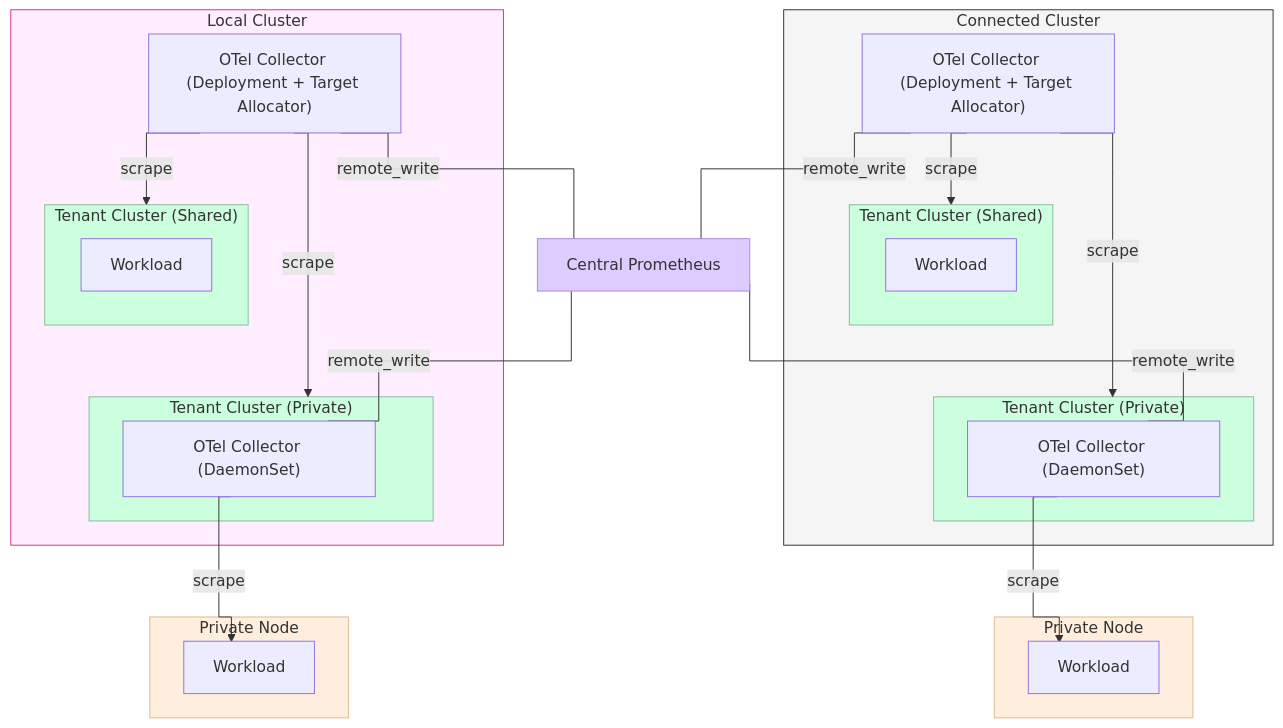
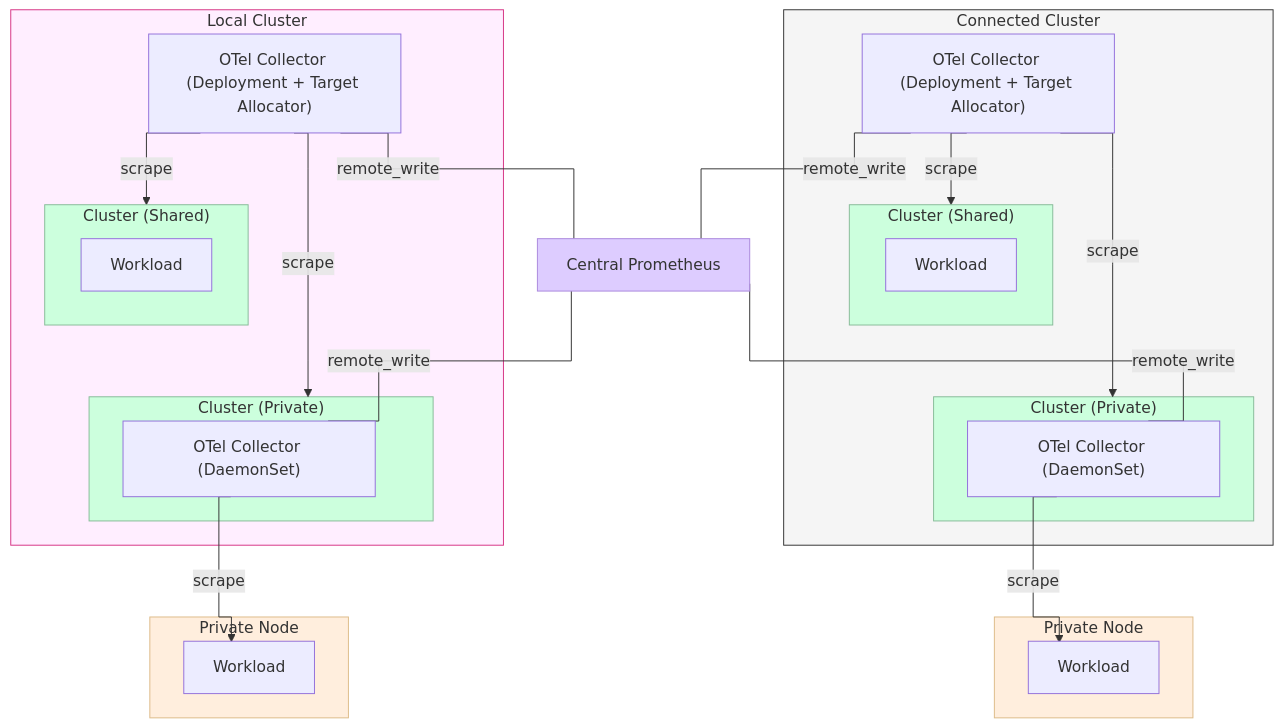
Before and after one commit to loft-sh/vcluster-docs: the diagram in platform/maintenance/monitoring/fleet-monitoring-otel.mdx, drawn with Mermaid. The commit also changed other lines of this file and 73 other files, not shown here.

````diff
--- a/platform/maintenance/monitoring/fleet-monitoring-otel.mdx
+++ b/platform/maintenance/monitoring/fleet-monitoring-otel.mdx
@@ -43,67 +43,67 @@
 ```mermaid
 %%{init: {'flowchart': {'curve': 'stepAfter'}}}%%
 flowchart TB
     GlobalProm["Central Prometheus"]
 
     GlobalProm ~~~ local
     GlobalProm ~~~ connected
 
     subgraph local["Local Cluster"]
-        subgraph localSharedVC["Tenant Cluster (Shared)"]
+        subgraph localSharedVC["Cluster (Shared)"]
             LocalSharedWorkload["Workload"]
         end
 
         LocalOTel["OTel Collector (Deployment + Target Allocator)"]
 
-        subgraph localPrivVC["Tenant Cluster (Private)"]
+        subgraph localPrivVC["Cluster (Private)"]
             LocalPrivOTel["OTel Collector (DaemonSet)"]
         end
     end
 
     subgraph connected["Connected Cluster"]
-        subgraph connSharedVC["Tenant Cluster (Shared)"]
+        subgraph connSharedVC["Cluster (Shared)"]
             ConnSharedWorkload["Workload"]
         end
 
         ConnOTel["OTel Collector (Deployment + Target Allocator)"]
 
-        subgraph connPrivVC["Tenant Cluster (Private)"]
+        subgraph connPrivVC["Cluster (Private)"]
             ConnPrivOTel["OTel Collector (DaemonSet)"]
         end
     end
 
     subgraph connNode["Private Node"]
         ConnWorkload["Workload"]
     end
 
     subgraph localNode["Private Node"]
         LocalWorkload["Workload"]
     end
 
     ConnOTel ---|remote_write| GlobalProm
     ConnPrivOTel ---|remote_write| GlobalProm
     ConnOTel -->|scrape| connSharedVC
     ConnOTel -->|scrape| connPrivVC
     ConnPrivOTel -->|scrape| ConnWorkload
 
     LocalOTel -->|scrape| localSharedVC
     LocalOTel -->|scrape| localPrivVC
     LocalPrivOTel -->|scrape| LocalWorkload
     LocalPrivOTel ---|remote_write| GlobalProm
     LocalOTel ---|remote_write| GlobalProm
 
     connected ~~~ connNode
     local ~~~ localNode
 
     classDef magenta fill:#fef,stroke:#d63384
     classDef dark fill:#f5f5f5,stroke:#333
     classDef green fill:#cfd,stroke:#8b9
     classDef orange fill:#fed,stroke:#db8
     classDef purple fill:#dcf,stroke:#a8d
 
     class local magenta
     class connected dark
     class localPrivVC,localSharedVC,connPrivVC,connSharedVC green
     class localNode,connNode orange
     class GlobalProm purple
 ```
````
